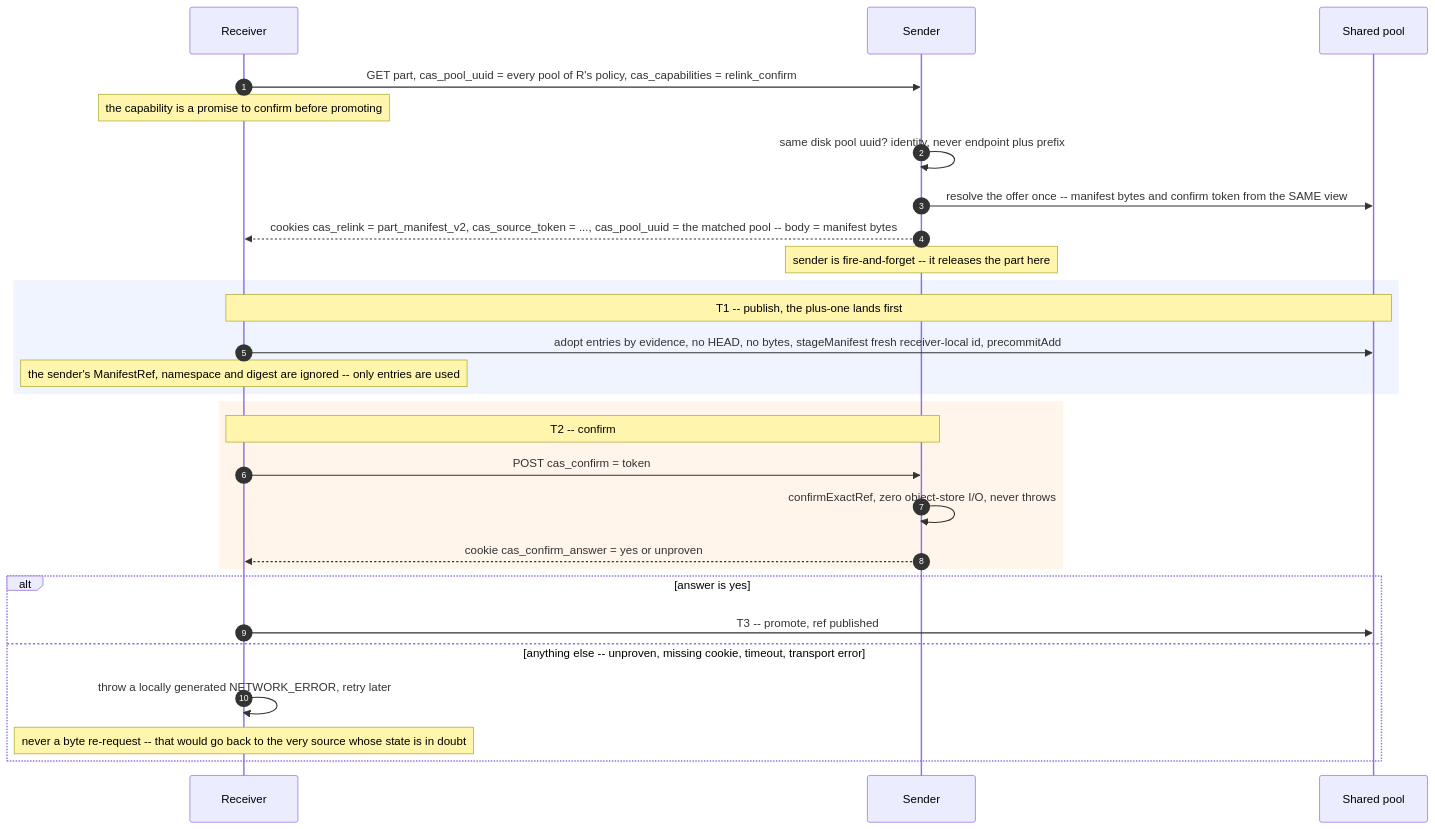
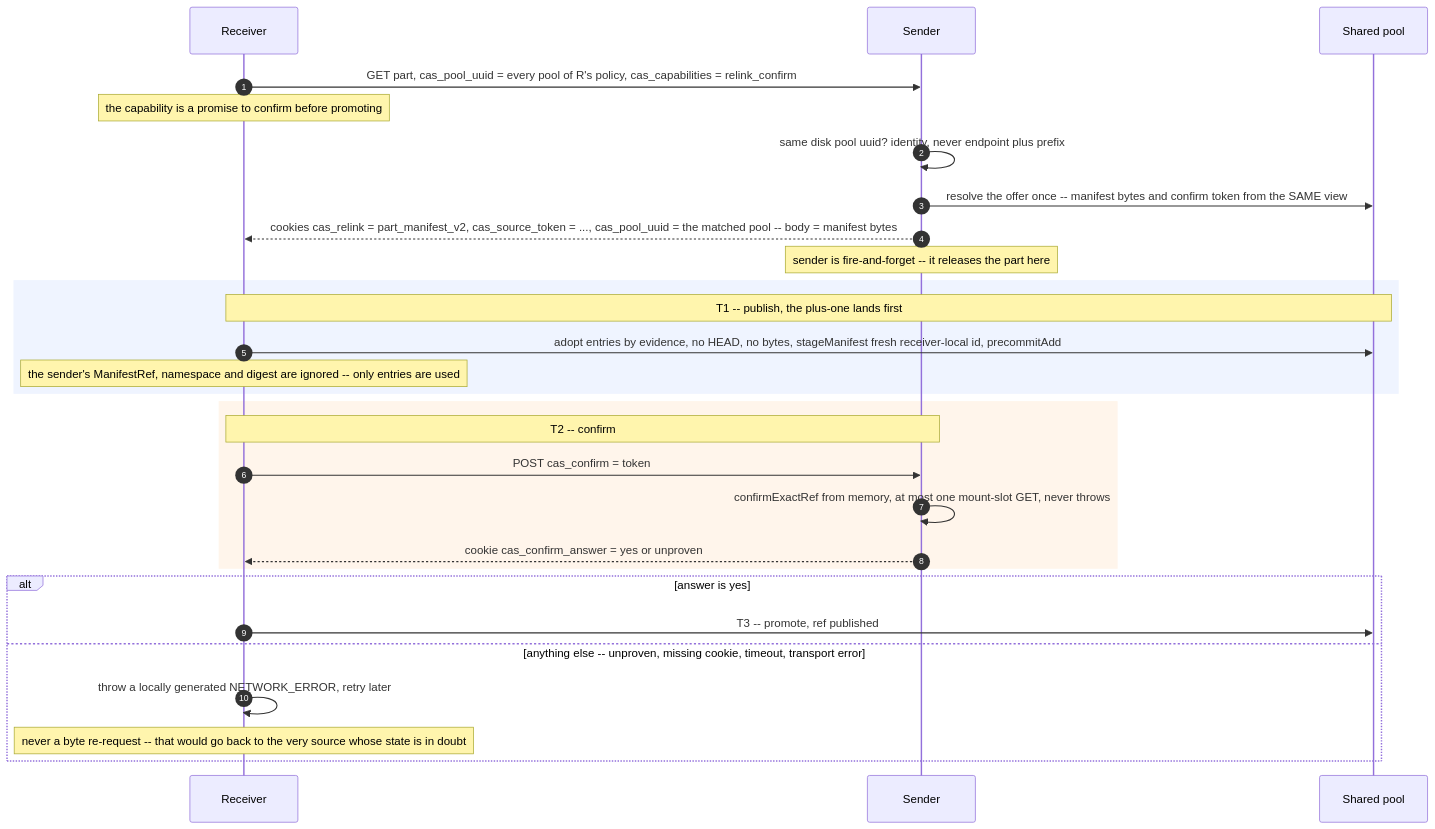
One commit to Altinity/ClickHouse changed the diagram in docs/en/antalya/cas/architecture/replication.md. Above: the diagram before and after it, drawn with Mermaid. The commit also changed other lines of this file and 1 other file, not shown here.

First line of the commit message:
Document the mount slot read of the relink confirm

````diff
--- a/docs/en/antalya/cas/architecture/replication.md
+++ b/docs/en/antalya/cas/architecture/replication.md
@@ -27,34 +27,34 @@
 ```mermaid
 sequenceDiagram
     autonumber
     participant R as Receiver
     participant Snd as Sender
     participant S3 as Shared pool
 
     R->>Snd: GET part, cas_pool_uuid = every pool of R's policy, cas_capabilities = relink_confirm
     Note over R: the capability is a promise to confirm before promoting
     Snd->>Snd: same disk pool uuid? identity, never endpoint plus prefix
     Snd->>S3: resolve the offer once -- manifest bytes and confirm token from the SAME view
     Snd-->>R: cookies cas_relink = part_manifest_v2, cas_source_token = ..., cas_pool_uuid = the matched pool -- body = manifest bytes
     Note over Snd: sender is fire-and-forget -- it releases the part here
 
     rect rgba(120,160,255,0.12)
     Note over R,S3: T1 -- publish, the plus-one lands first
     R->>S3: adopt entries by evidence, no HEAD, no bytes, stageManifest fresh receiver-local id, precommitAdd
     Note over R: the sender's ManifestRef, namespace and digest are ignored -- only entries are used
     end
 
     rect rgba(255,190,120,0.15)
     Note over R,Snd: T2 -- confirm
     R->>Snd: POST cas_confirm = token
-    Snd->>Snd: confirmExactRef, zero object-store I/O, never throws
+    Snd->>Snd: confirmExactRef from memory, at most one mount-slot GET, never throws
     Snd-->>R: cookie cas_confirm_answer = yes or unproven
     end
 
     alt answer is yes
         R->>S3: T3 -- promote, ref published
     else anything else -- unproven, missing cookie, timeout, transport error
         R->>R: throw a locally generated NETWORK_ERROR, retry later
         Note over R: never a byte re-request -- that would go back to the very source whose state is in doubt
     end
 ```
````
